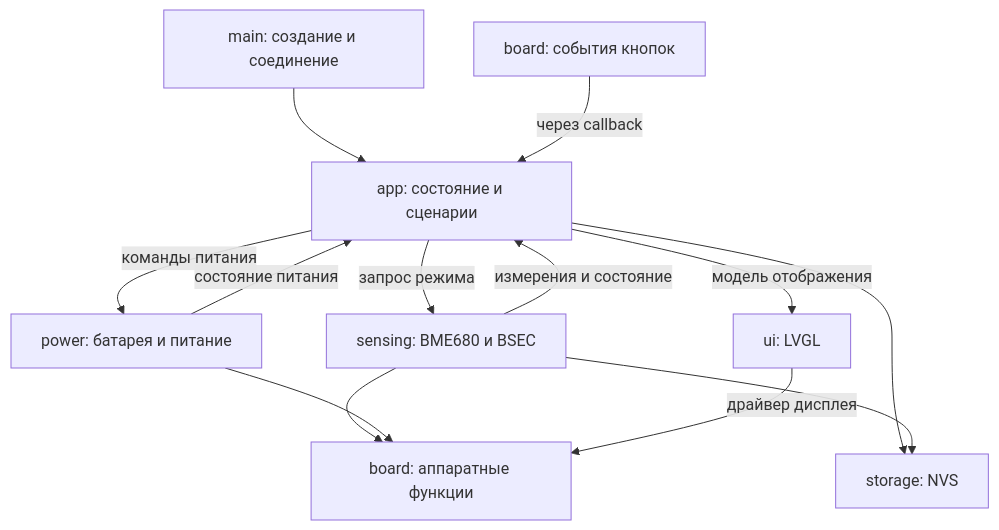
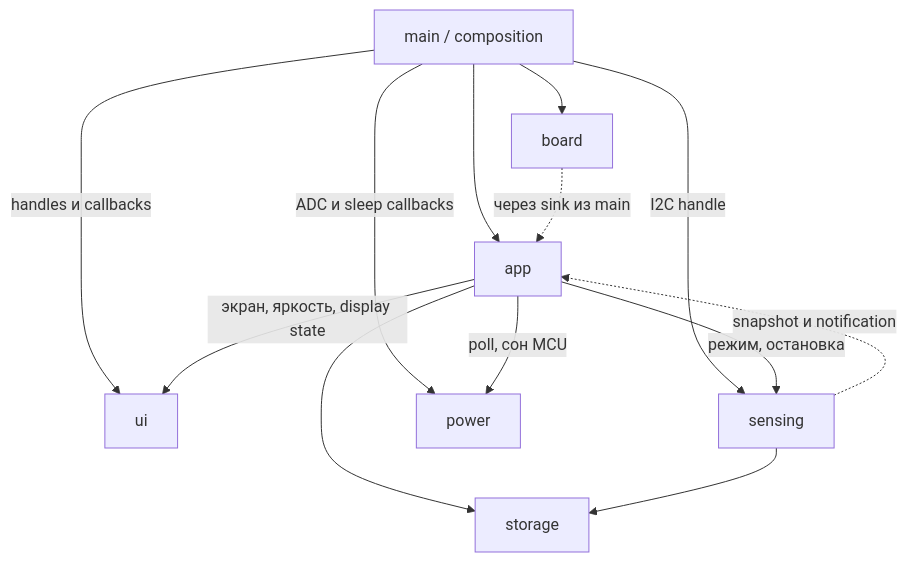
One commit to lashy0/nimbus changed the diagram in docs/architecture.md. Above: the diagram before and after it, drawn with Mermaid. The commit also changed other lines of this file and 11 other files, not shown here.

````diff
--- a/docs/architecture.md
+++ b/docs/architecture.md
@@ -61,15 +56,15 @@
 ```mermaid
 flowchart TD
-    Main[main: создание и соединение] --> App[app: состояние и сценарии]
-    Buttons[board: события кнопок] -->|через callback| App
-    Sensing[sensing: BME680 и BSEC] -->|измерения и состояние| App
-    Power[power: батарея и питание] -->|состояние питания| App
-    App -->|модель отображения| UI[ui: LVGL]
-    App -->|запрос режима| Sensing
-    App -->|команды питания| Power
-    App --> Storage[storage: NVS]
+    Main[main / composition] --> Board[board]
+    Main -->|handles и callbacks| UI[ui]
+    Main -->|I2C handle| Sensing[sensing]
+    Main -->|ADC и sleep callbacks| Power[power]
+    Main --> App[app]
+    App -->|экран, яркость, display state| UI
+    App -->|режим, остановка| Sensing
+    App -->|poll, сон MCU| Power
+    App --> Storage[storage]
     Sensing --> Storage
-    Sensing --> Board[board: аппаратные функции]
-    Power --> Board
-    UI -->|драйвер дисплея| Board
+    Sensing -.->|snapshot и notification| App
+    Board -.->|через sink из main| App
 ```
````
